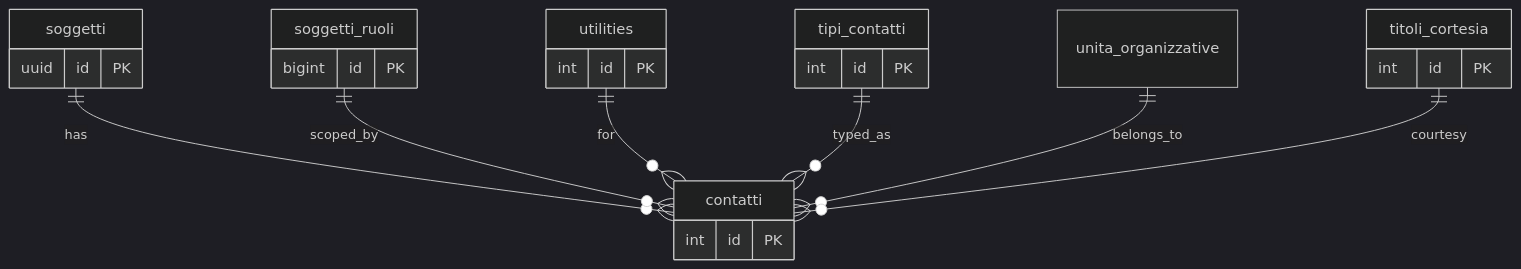
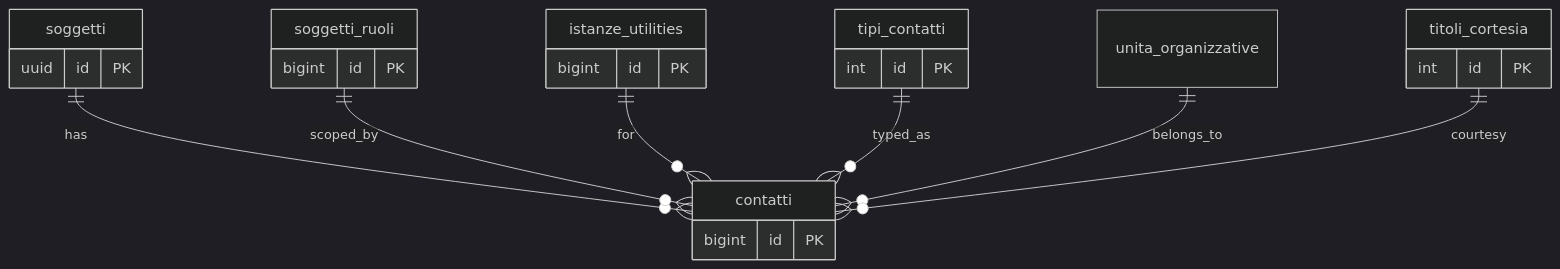
One commit to Tito-it/ZeroErp changed the diagram in docs/it/dbzero/anagrafiche/manual/contatti.md. Above: the diagram before and after it, drawn with Mermaid (dark theme). The commit also changed other lines of this file and 25 other files, not shown here.

Commit message:
Refactor istanze indirizzi contatti come da documento

````diff
--- a/docs/it/dbzero/anagrafiche/manual/contatti.md
+++ b/docs/it/dbzero/anagrafiche/manual/contatti.md
@@ -155,18 +160,18 @@
 ```mermaid
 %%{init: {'er': {'layoutDirection': 'LR'}}}%%
 erDiagram
     soggetti         ||--o{ contatti : has
     soggetti_ruoli   ||--o{ contatti : scoped_by
-    utilities        ||--o{ contatti : for
+    istanze_utilities ||--o{ contatti : for
     tipi_contatti    ||--o{ contatti : typed_as
     unita_organizzative ||--o{ contatti : belongs_to
     titoli_cortesia  ||--o{ contatti : courtesy
 
-    soggetti        { uuid id PK }
-    soggetti_ruoli  { bigint id PK }
-    utilities       { int id PK }
-    tipi_contatti   { int id PK }
-    titoli_cortesia { int id PK }
-    contatti        { int id PK }
+    soggetti           { uuid id PK }
+    soggetti_ruoli     { bigint id PK }
+    istanze_utilities  { bigint id PK }
+    tipi_contatti      { int id PK }
+    titoli_cortesia    { int id PK }
+    contatti           { bigint id PK }
 
 ```
````
